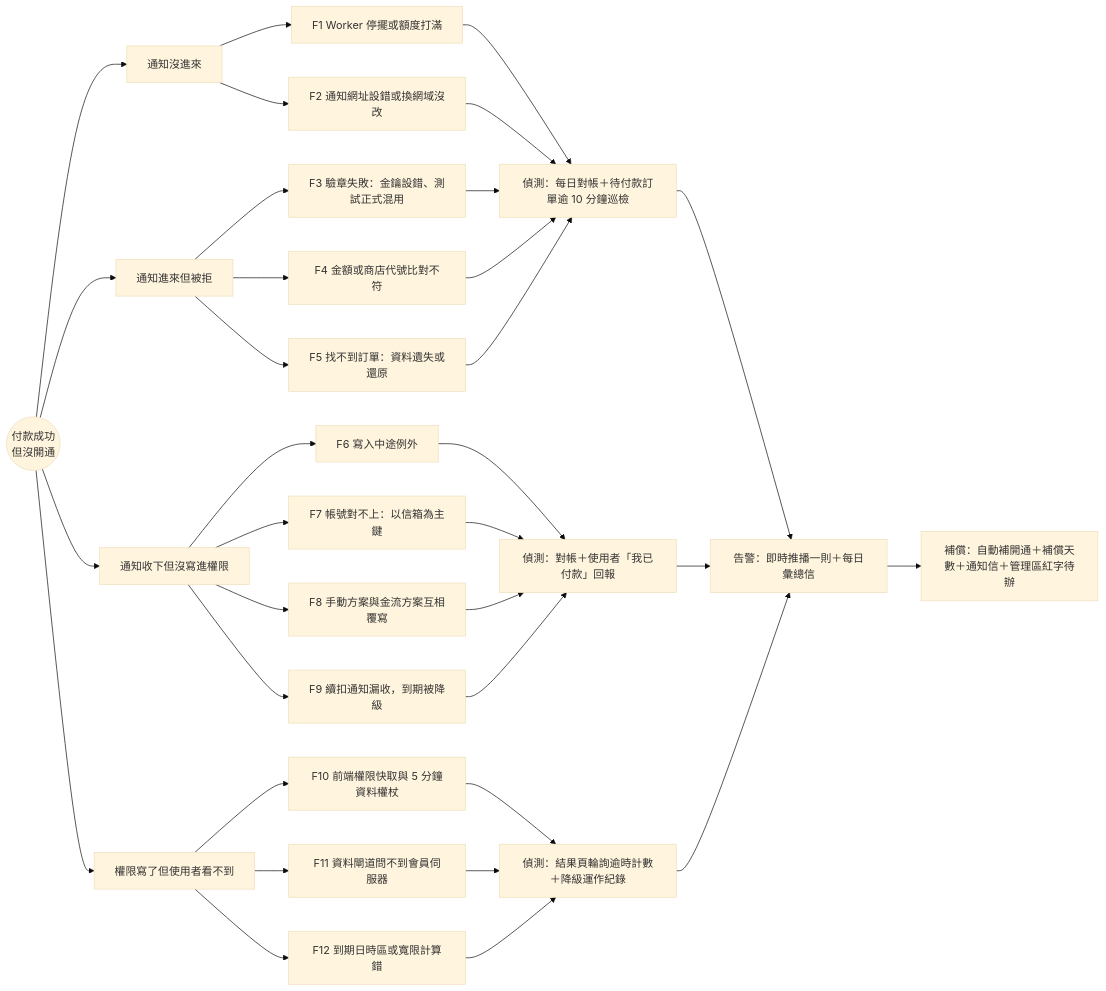
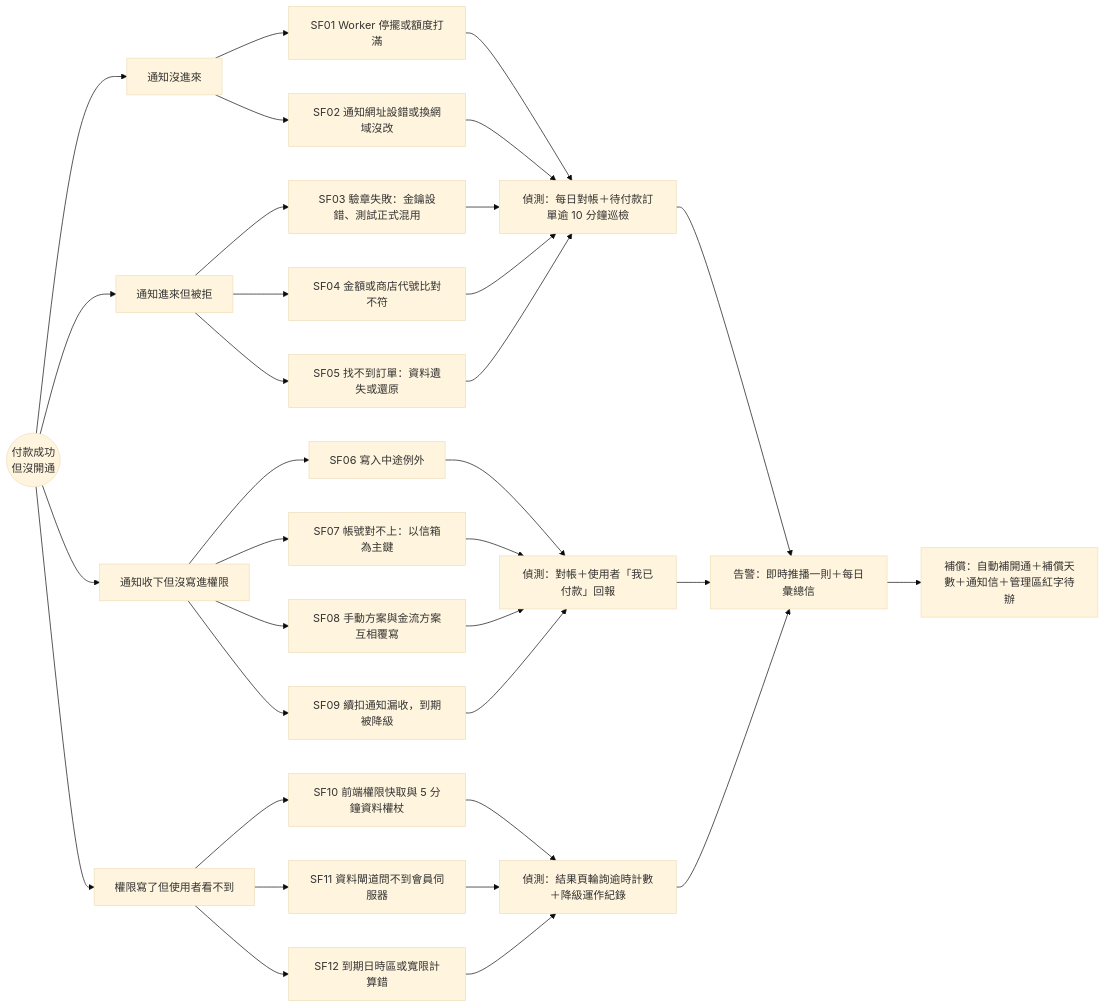
The third of 8 diagrams in docs/payments/entitlement_security_review.md (MiaoZiKe/tw-rotation), drawn with Mermaid (base theme) before and after one commit. The commit also changed other lines of this file and 1 other file, not shown here.

````diff
--- a/docs/payments/entitlement_security_review.md
+++ b/docs/payments/entitlement_security_review.md
@@ -93,27 +93,27 @@
 ```mermaid
 flowchart LR
   ROOT((付款成功<br/>但沒開通))
   ROOT --> N[通知沒進來]
   ROOT --> V[通知進來但被拒]
   ROOT --> W[通知收下但沒寫進權限]
   ROOT --> C[權限寫了但使用者看不到]
 
-  N --> F1[F1 Worker 停擺或額度打滿]
-  N --> F2[F2 通知網址設錯或換網域沒改]
-  V --> F3[F3 驗章失敗：金鑰設錯、測試正式混用]
-  V --> F4[F4 金額或商店代號比對不符]
-  V --> F5[F5 找不到訂單：資料遺失或還原]
-  W --> F6[F6 寫入中途例外]
-  W --> F7[F7 帳號對不上：以信箱為主鍵]
-  W --> F8[F8 手動方案與金流方案互相覆寫]
-  W --> F9[F9 續扣通知漏收，到期被降級]
-  C --> F10[F10 前端權限快取與 5 分鐘資料權杖]
-  C --> F11[F11 資料閘道問不到會員伺服器]
-  C --> F12[F12 到期日時區或寬限計算錯]
+  N --> SF01[SF01 Worker 停擺或額度打滿]
+  N --> SF02[SF02 通知網址設錯或換網域沒改]
+  V --> SF03[SF03 驗章失敗：金鑰設錯、測試正式混用]
+  V --> SF04[SF04 金額或商店代號比對不符]
+  V --> SF05[SF05 找不到訂單：資料遺失或還原]
+  W --> SF06[SF06 寫入中途例外]
+  W --> SF07[SF07 帳號對不上：以信箱為主鍵]
+  W --> SF08[SF08 手動方案與金流方案互相覆寫]
+  W --> SF09[SF09 續扣通知漏收，到期被降級]
+  C --> SF10[SF10 前端權限快取與 5 分鐘資料權杖]
+  C --> SF11[SF11 資料閘道問不到會員伺服器]
+  C --> SF12[SF12 到期日時區或寬限計算錯]
 
-  F1 & F2 & F3 & F4 & F5 --> D1[偵測：每日對帳＋待付款訂單逾 10 分鐘巡檢]
-  F6 & F7 & F8 & F9 --> D2[偵測：對帳＋使用者「我已付款」回報]
-  F10 & F11 & F12 --> D3[偵測：結果頁輪詢逾時計數＋降級運作紀錄]
+  SF01 & SF02 & SF03 & SF04 & SF05 --> D1[偵測：每日對帳＋待付款訂單逾 10 分鐘巡檢]
+  SF06 & SF07 & SF08 & SF09 --> D2[偵測：對帳＋使用者「我已付款」回報]
+  SF10 & SF11 & SF12 --> D3[偵測：結果頁輪詢逾時計數＋降級運作紀錄]
   D1 & D2 & D3 --> AL[告警：即時推播一則＋每日彙總信]
   AL --> CP[補償：自動補開通＋補償天數＋通知信＋管理區紅字待辦]
 ```
````
